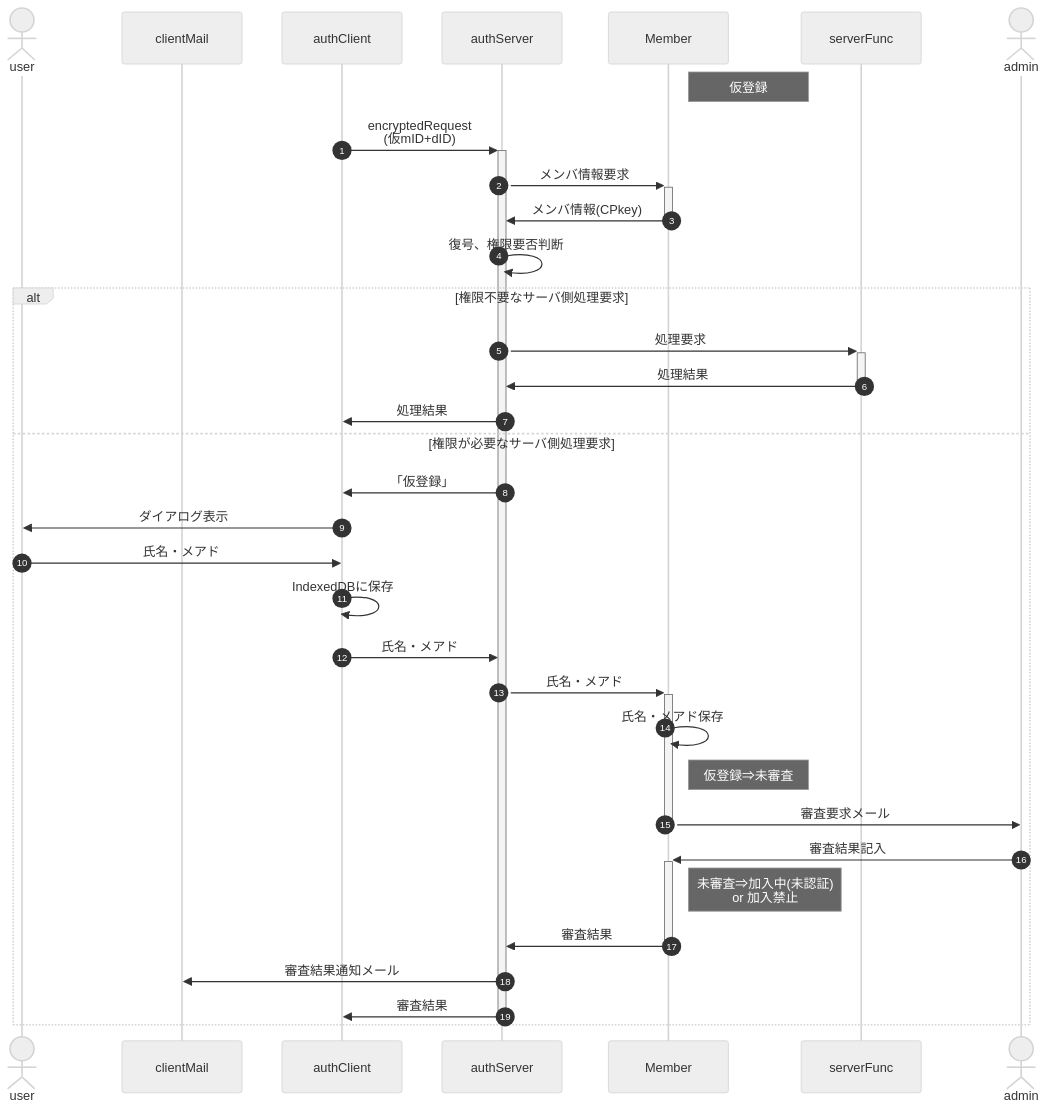
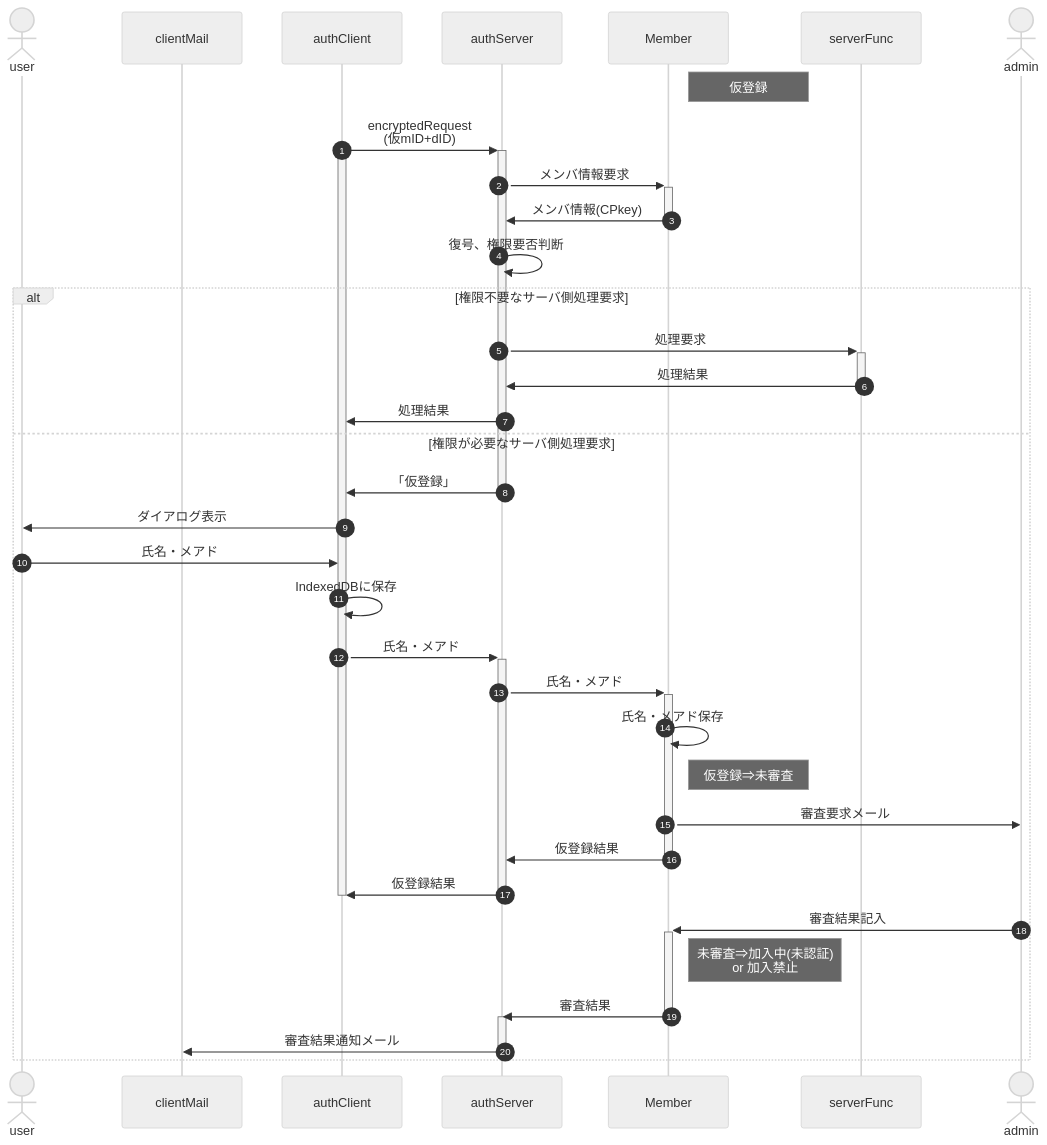
The third of 5 diagrams in underDev/Auth/src/doc/specification.md (nakaone/library), drawn with Mermaid (neutral theme) before and after one commit. The commit also changed other lines of this file, not shown here.

````diff
--- a/underDev/Auth/src/doc/specification.md
+++ b/underDev/Auth/src/doc/specification.md
@@ -246,49 +246,54 @@
 ```mermaid
 sequenceDiagram
   autonumber
   actor user
   %%participant localFunc
   participant clientMail
   %%participant IndexedDB
   %%participant cryptoClient
   participant authClient
   participant authServer
   %%participant cryptoServer
   participant Member
   participant serverFunc
   actor admin
 
   Note right of Member: 仮登録
 
   authClient->>+authServer: encryptedRequest<br>(仮mID+dID)
+  activate authClient
   authServer->>+Member: メンバ情報要求
   Member->>-authServer: メンバ情報(CPkey)
   authServer->>authServer: 復号、権限要否判断
 
   alt 権限不要なサーバ側処理要求
 
     authServer->>+serverFunc: 処理要求
     serverFunc->>-authServer: 処理結果
     authServer->>authClient: 処理結果
 
   else 権限が必要なサーバ側処理要求
 
-    authServer->>authClient: 「仮登録」
+    authServer->>-authClient: 「仮登録」
     authClient->>user: ダイアログ表示
     user->>authClient: 氏名・メアド
     authClient->>authClient: IndexedDBに保存
-    authClient->>authServer: 氏名・メアド
+    authClient->>+authServer: 氏名・メアド
     authServer->>+Member: 氏名・メアド
     Member->>Member: 氏名・メアド保存
     Note right of Member: 仮登録⇒未審査
-    Member->>-admin: 審査要求メール
+    Member->>admin: 審査要求メール
+    Member->>-authServer: 仮登録結果
+    authServer->>-authClient: 仮登録結果
+    deactivate authClient
+
     admin->>+Member: 審査結果記入
     Note right of Member: 未審査⇒加入中(未認証)<br>or 加入禁止
     Member->>-authServer: 審査結果
+    activate authServer
     authServer->>clientMail: 審査結果通知メール
-
-    authServer->>-authClient: 審査結果
+    deactivate authServer
 
   end
 
 ```
````
